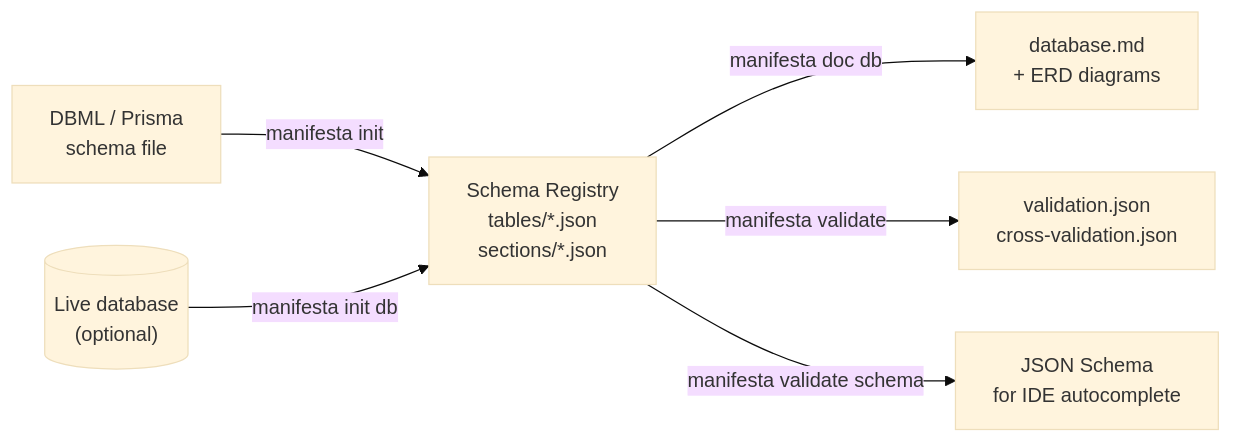
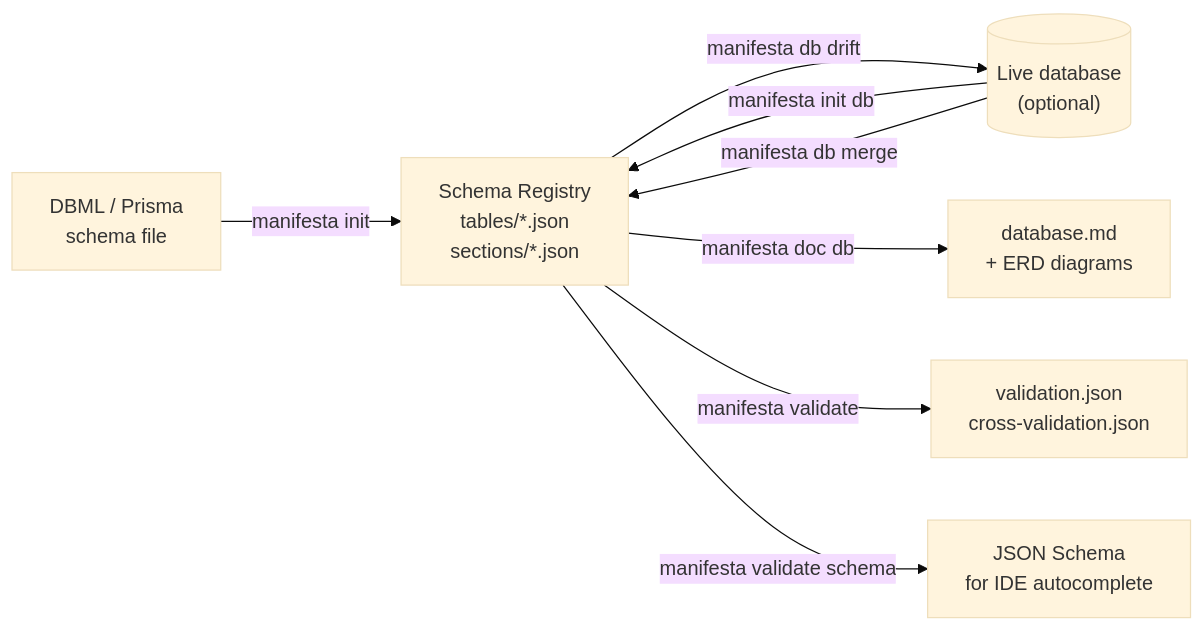
The diagram in README.md (umbrelon/manifesta), drawn with Mermaid (base theme) before and after one commit. The commit also changed other lines of this file and 11 other files, not shown here.

````diff
--- a/README.md
+++ b/README.md
@@ -197,8 +197,10 @@
 ```mermaid
 flowchart LR
     A["DBML / Prisma\nschema file"] -->|"manifesta init"| B["Schema Registry\ntables/*.json\nsections/*.json"]
     DB[("Live database\n(optional)")] -->|"manifesta init db"| B
+    DB -->|"manifesta db merge"| B
+    B -->|"manifesta db drift"| DB
     B -->|"manifesta doc db"| C["database.md\n+ ERD diagrams"]
     B -->|"manifesta validate"| D["validation.json\ncross-validation.json"]
     B -->|"manifesta validate schema"| E["JSON Schema\nfor IDE autocomplete"]
 ```
````
